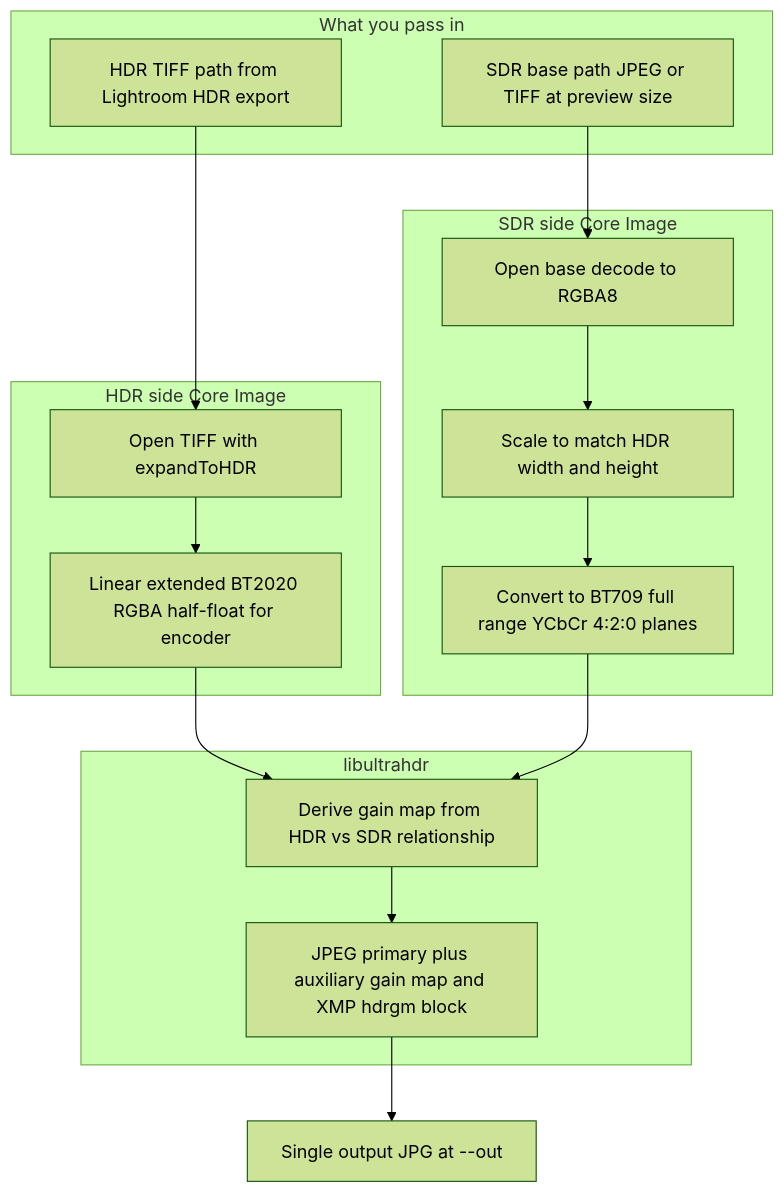
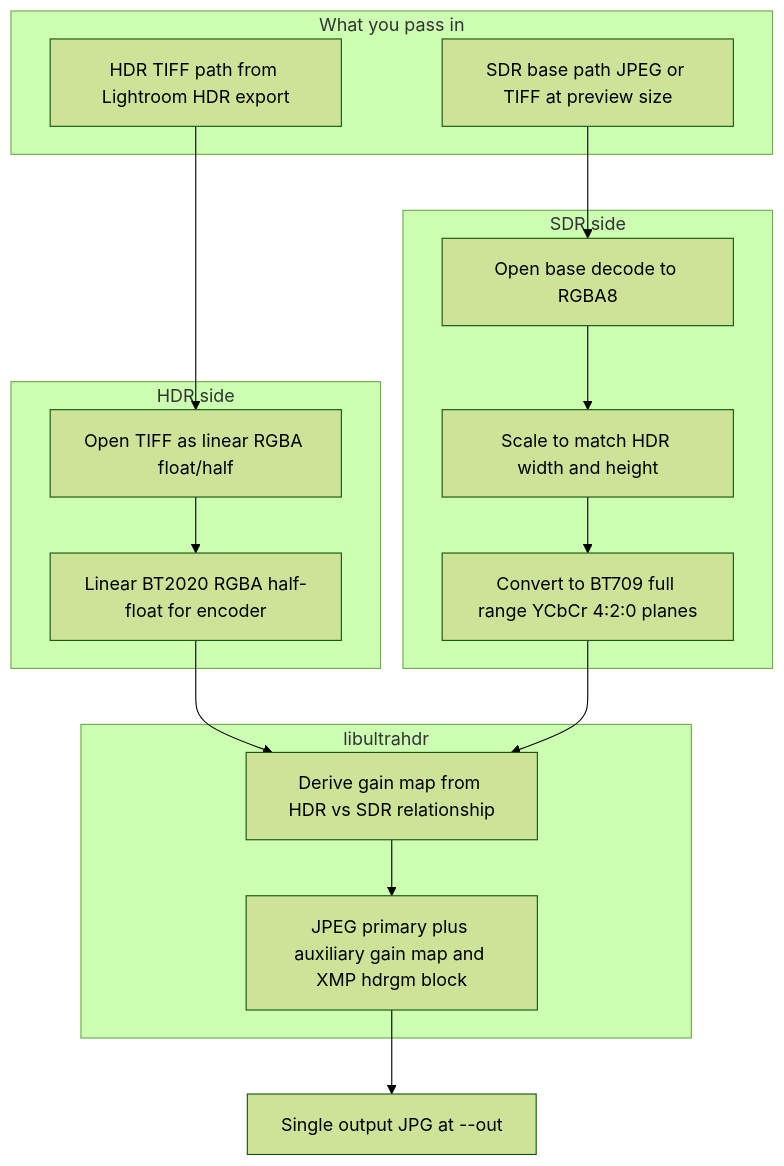
The diagram in tools/uhdr_repack/README.md (karachungen/lightroom-plugin-export-hdr), drawn with Mermaid (forest theme) before and after one commit. The commit also changed other lines of this file and 24 other files, not shown here.

````diff
--- a/tools/uhdr_repack/README.md
+++ b/tools/uhdr_repack/README.md
@@ -7,33 +11,32 @@
 ```mermaid
 flowchart TB
   subgraph files [What you pass in]
     hdrPath["HDR TIFF path from Lightroom HDR export"]
     sdrPath["SDR base path JPEG or TIFF at preview size"]
   end
 
-  subgraph hdrBranch [HDR side Core Image]
-    hdrLoad["Open TIFF with expandToHDR"]
-    hdrBuf["Linear extended BT2020 RGBA half-float for encoder"]
+  subgraph hdrBranch [HDR side]
+    hdrLoad["Open TIFF as linear RGBA float/half"]
+    hdrBuf["Linear BT2020 RGBA half-float for encoder"]
     hdrLoad --> hdrBuf
   end
 
-  subgraph sdrBranch [SDR side Core Image]
+  subgraph sdrBranch [SDR side]
     sdrLoad["Open base decode to RGBA8"]
     sdrMatch["Scale to match HDR width and height"]
     sdrYcc["Convert to BT709 full range YCbCr 4:2:0 planes"]
     sdrLoad --> sdrMatch --> sdrYcc
   end
 
   subgraph libUhdr [libultrahdr]
     compute["Derive gain map from HDR vs SDR relationship"]
     mux["JPEG primary plus auxiliary gain map and XMP hdrgm block"]
     compute --> mux
   end
 
   hdrPath --> hdrLoad
   sdrPath --> sdrLoad
   hdrBuf --> compute
   sdrYcc --> compute
   mux --> outPath["Single output JPG at --out"]
-
 ```
````
